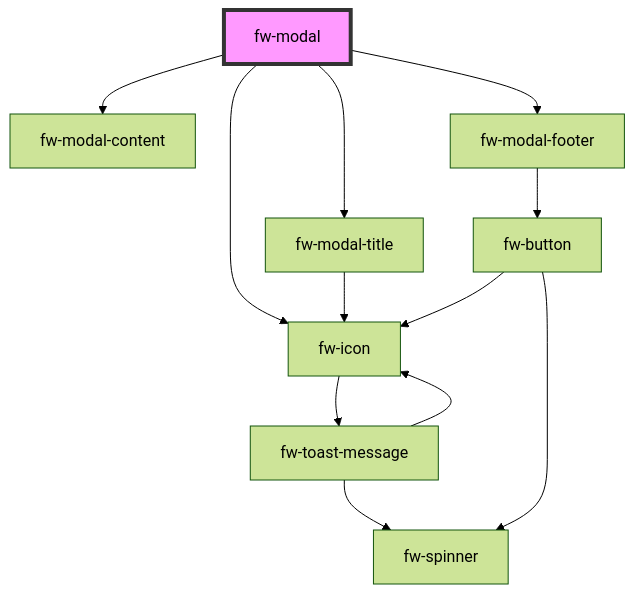
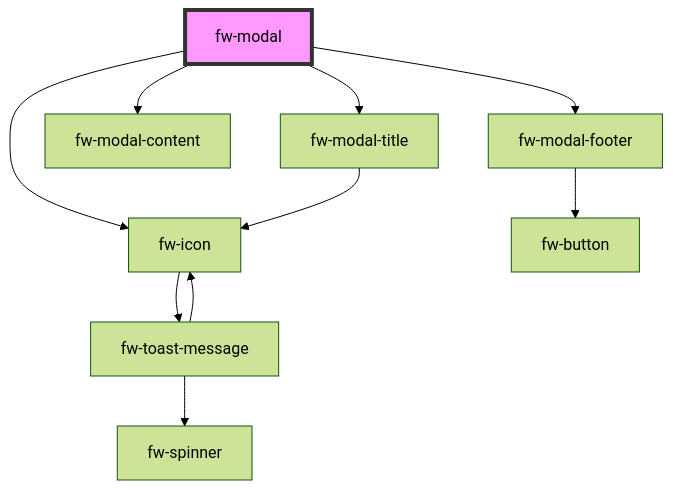
One commit to freshworks/crayons changed the diagram in packages/crayons-core/src/components/modal/readme.md. Above: the diagram before and after it, drawn with Mermaid (forest theme). The commit also changed 18 other files, not shown here.

````diff
--- a/packages/crayons-core/src/components/modal/readme.md
+++ b/packages/crayons-core/src/components/modal/readme.md
@@ -417,15 +417,13 @@
 ```mermaid
 graph TD;
   fw-modal --> fw-icon
   fw-modal --> fw-modal-title
   fw-modal --> fw-modal-content
   fw-modal --> fw-modal-footer
   fw-icon --> fw-toast-message
   fw-toast-message --> fw-spinner
   fw-toast-message --> fw-icon
   fw-modal-title --> fw-icon
   fw-modal-footer --> fw-button
-  fw-button --> fw-spinner
-  fw-button --> fw-icon
   style fw-modal fill:#f9f,stroke:#333,stroke-width:4px
 ```
````
